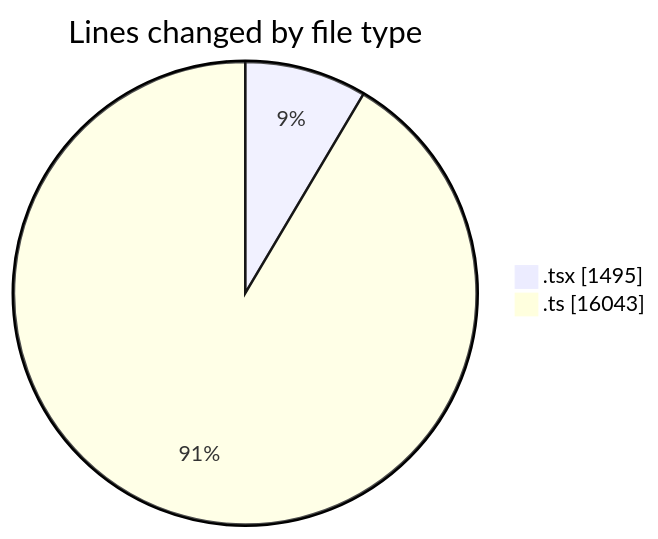
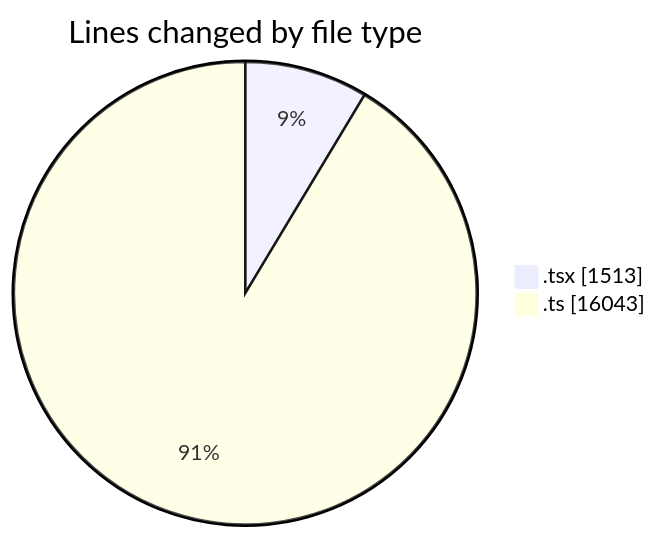
Before and after one commit to momahboobian/code-tracking: the first of 2 diagrams in 2025-07-07/cda/README.md, drawn with Mermaid. The commit also changed other lines of this file and 1 other file, not shown here.

````diff
--- a/2025-07-07/cda/README.md
+++ b/2025-07-07/cda/README.md
@@ -26,6 +26,6 @@
 ```mermaid
 pie showData
 title Lines changed by file type
-".tsx" : 1495
+".tsx" : 1513
 ".ts" : 16043
 ```
````
